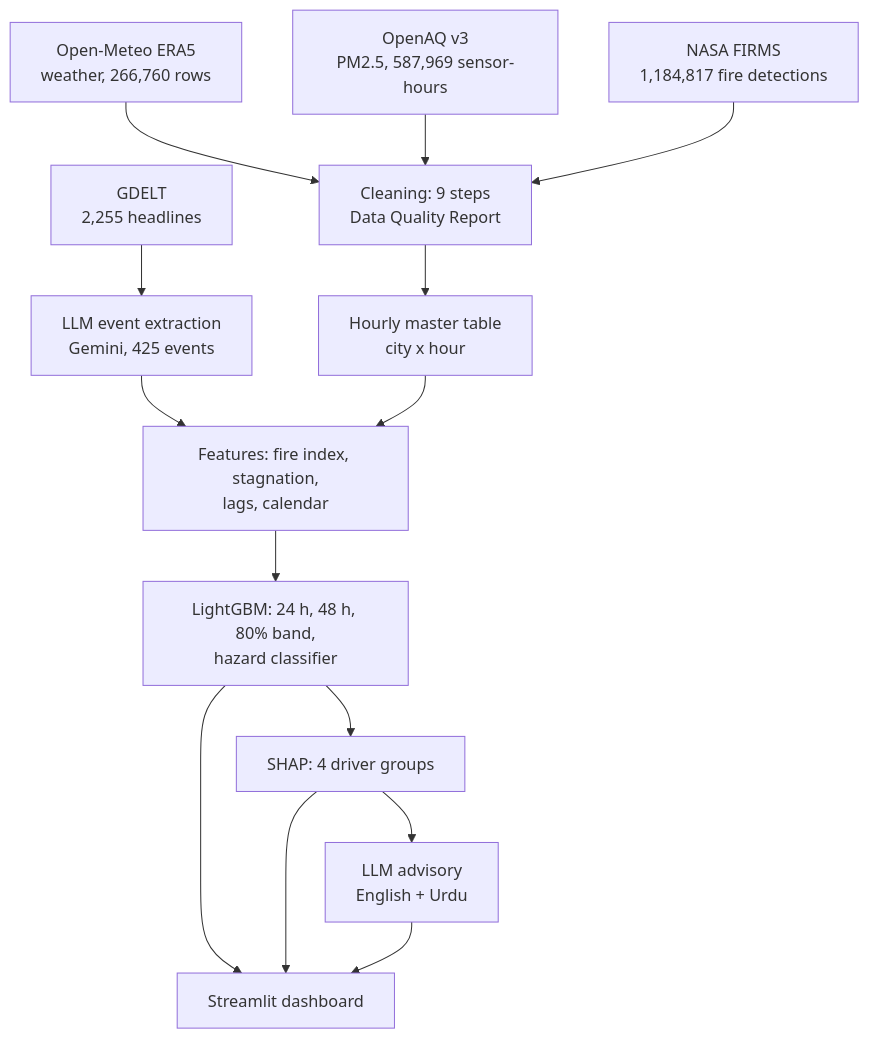
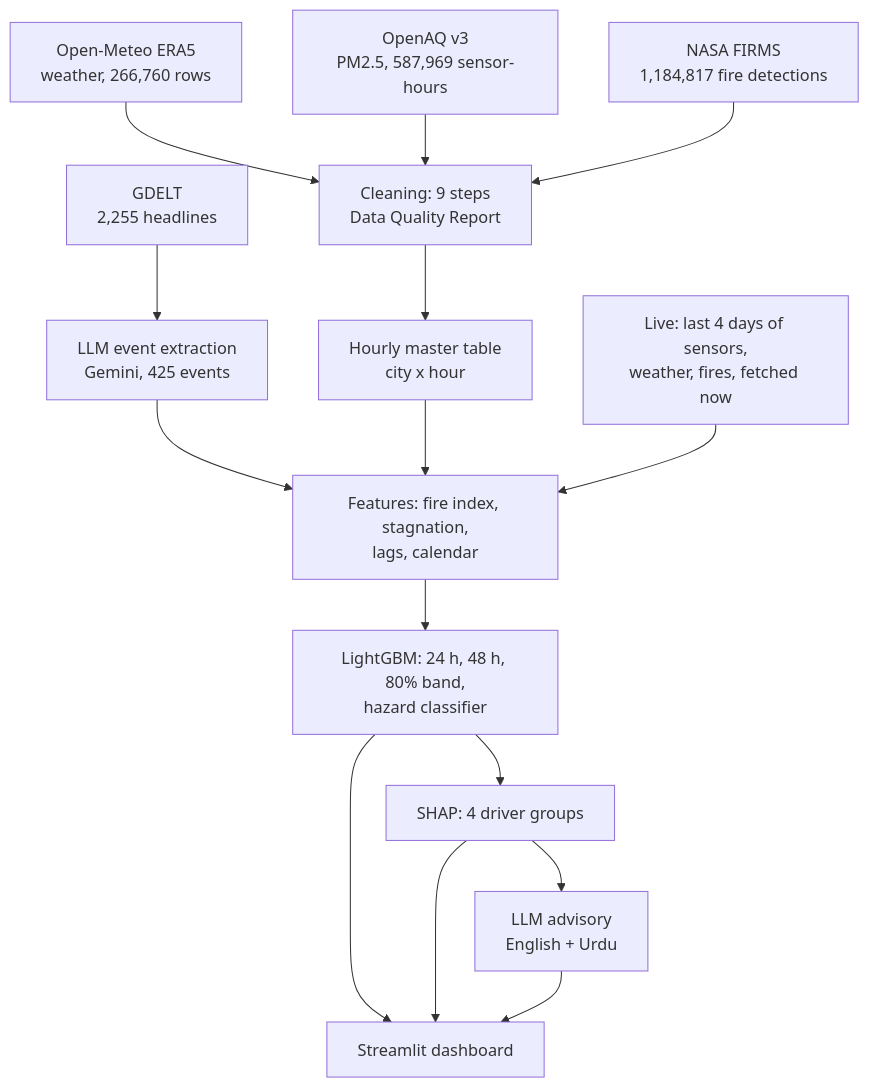
The diagram in docs/lessons/02-viva-guide.md (FarhanRajputFelix/saans), drawn with Mermaid before and after one commit. The commit also changed other lines of this file and 288 other files, not shown here.

````diff
--- a/docs/lessons/02-viva-guide.md
+++ b/docs/lessons/02-viva-guide.md
@@ -7,16 +7,17 @@
 ```mermaid
 flowchart TD
     A[Open-Meteo ERA5<br/>weather, 266,760 rows] --> C
     B[OpenAQ v3<br/>PM2.5, 587,969 sensor-hours] --> C
     F[NASA FIRMS<br/>1,184,817 fire detections] --> C
     N[GDELT<br/>2,255 headlines] --> L1[LLM event extraction<br/>Gemini, 425 events]
     C[Cleaning: 9 steps<br/>Data Quality Report] --> M[Hourly master table<br/>city x hour]
     L1 --> FE
     M --> FE[Features: fire index, stagnation,<br/>lags, calendar]
     FE --> MO[LightGBM: 24 h, 48 h, 80% band,<br/>hazard classifier]
     MO --> S[SHAP: 4 driver groups]
     S --> L2[LLM advisory<br/>English + Urdu]
     MO --> D[Streamlit dashboard]
     S --> D
     L2 --> D
+    LV[Live: last 4 days of sensors,<br/>weather, fires, fetched now] --> FE
 ```
````
